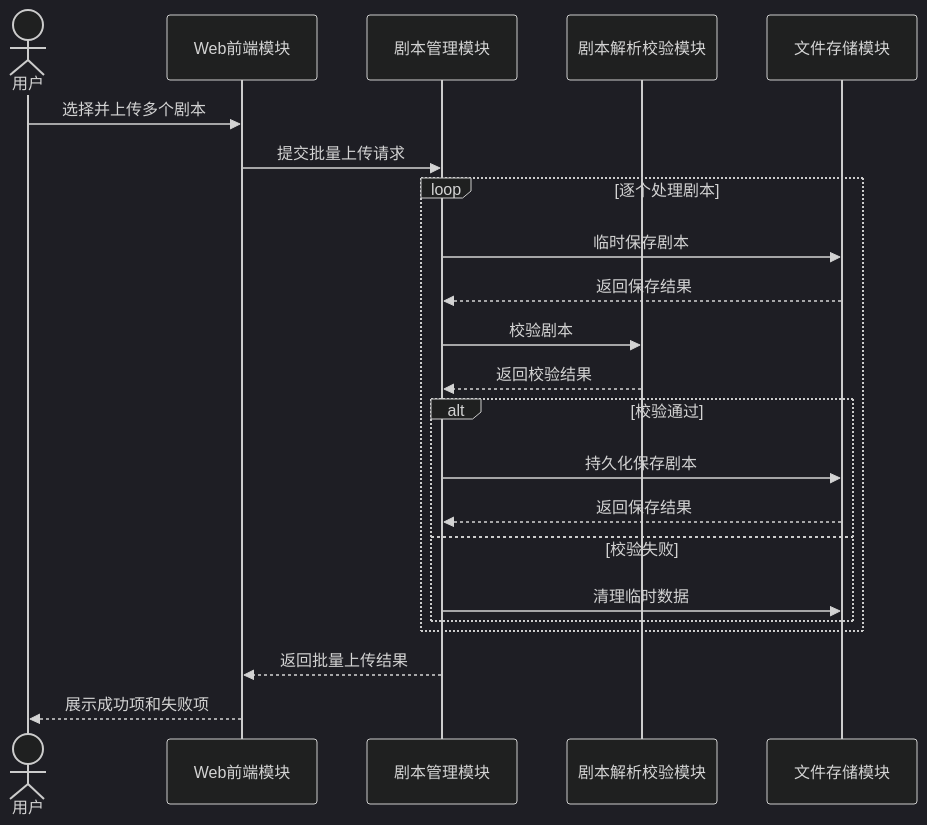
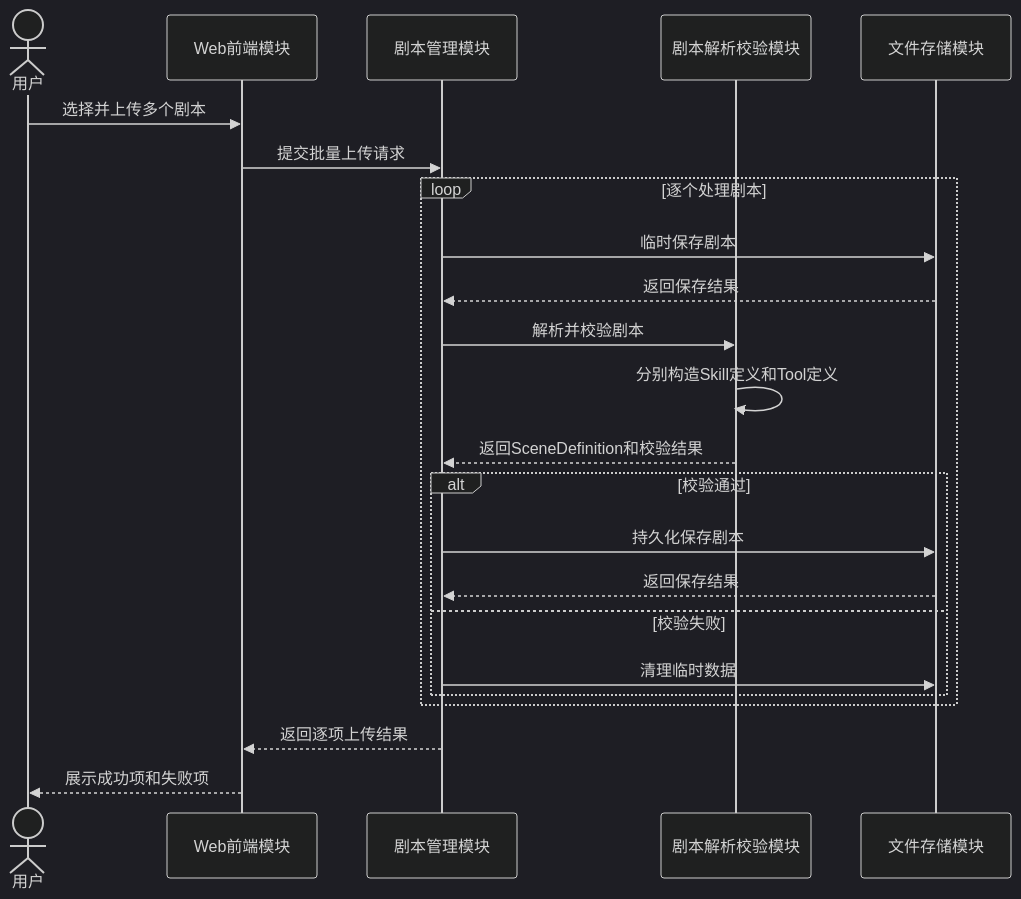
One commit to RIVERS0FT/AgentNetwork changed the second of 6 diagrams in docs/剧本管理设计.md. Above: the diagram before and after it, drawn with Mermaid (dark theme). The commit also changed other lines of this file, not shown here.

Commit message:
docs: separate scene skill and tool definitions

````diff
--- a/docs/剧本管理设计.md
+++ b/docs/剧本管理设计.md
@@ -189,28 +216,28 @@
 ```mermaid
 sequenceDiagram
     actor User as 用户
     participant Web as Web前端模块
     participant SceneMgr as 剧本管理模块
-    participant Validator as 剧本解析校验模块
+    participant Parser as 剧本解析校验模块
     participant Store as 文件存储模块
 
     User->>Web: 选择并上传多个剧本
     Web->>SceneMgr: 提交批量上传请求
 
     loop 逐个处理剧本
         SceneMgr->>Store: 临时保存剧本
         Store-->>SceneMgr: 返回保存结果
-        SceneMgr->>Validator: 校验剧本
-        Validator-->>SceneMgr: 返回校验结果
-
+        SceneMgr->>Parser: 解析并校验剧本
+        Parser->>Parser: 分别构造Skill定义和Tool定义
+        Parser-->>SceneMgr: 返回SceneDefinition和校验结果
         alt 校验通过
             SceneMgr->>Store: 持久化保存剧本
             Store-->>SceneMgr: 返回保存结果
         else 校验失败
             SceneMgr->>Store: 清理临时数据
         end
     end
 
-    SceneMgr-->>Web: 返回批量上传结果
+    SceneMgr-->>Web: 返回逐项上传结果
     Web-->>User: 展示成功项和失败项
 ```
````
